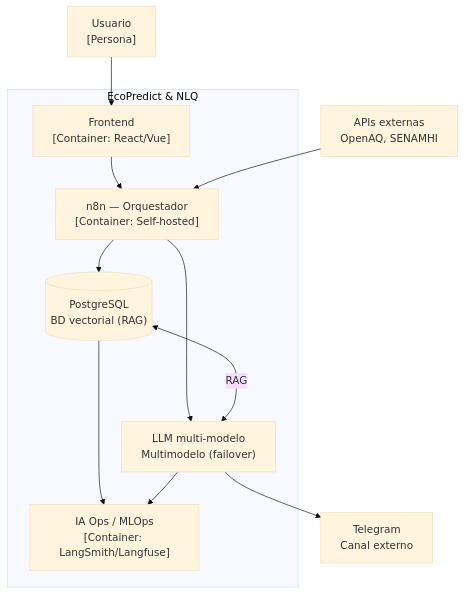
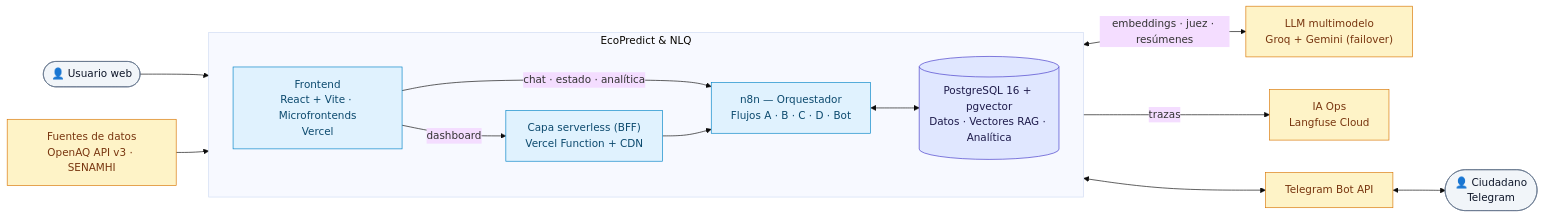
Before and after one commit to CarlosChDev/Grupo1_EcoPredict-NLQ: the first of 6 diagrams in README.md, drawn with Mermaid (base theme). The commit also changed other lines of this file, not shown here.

````diff
--- a/README.md
+++ b/README.md
@@ -19,26 +47,36 @@
 ```mermaid
-flowchart TD
-    U["Usuario<br/>[Persona]"]
+flowchart LR
+    U(["👤 Usuario web"])
+    CIU(["👤 Ciudadano<br/>Telegram"])
 
-    subgraph EcoPredict ["EcoPredict & NLQ"]
-        FE["Frontend<br/>[Container: React/Vue]"]
-        N8N["n8n — Orquestador<br/>[Container: Self-hosted]"]
-        DB[("PostgreSQL<br/>BD vectorial (RAG)")]
-        LLM["LLM multi-modelo<br/>Multimodelo (failover)"]
-        IAOPS["IA Ops / MLOps<br/>[Container: LangSmith/Langfuse]"]
+    subgraph ECO["EcoPredict & NLQ"]
+        direction LR
+        FE["Frontend<br/>React + Vite · Microfrontends<br/>Vercel"]
+        BFF["Capa serverless (BFF)<br/>Vercel Function + CDN"]
+        N8N["n8n — Orquestador<br/>Flujos A · B · C · D · Bot"]
+        DB[("PostgreSQL 16 + pgvector<br/>Datos · Vectores RAG · Analítica")]
     end
 
-    EXT_API["APIs externas<br/>OpenAQ, SENAMHI"]
-    TG["Telegram<br/>Canal externo"]
+    EXT["Fuentes de datos<br/>OpenAQ API v3 · SENAMHI"]
+    LLM["LLM multimodelo<br/>Groq + Gemini (failover)"]
+    OBS["IA Ops<br/>Langfuse Cloud"]
+    TG["Telegram Bot API"]
 
     U --> FE
-    FE --> N8N
-    EXT_API --> N8N
-    N8N --> DB
-    N8N --> LLM
-    DB <--->|RAG| LLM
-    LLM --> TG
-    DB --> IAOPS
-    LLM --> IAOPS
+    FE -->|"chat · estado · analítica"| N8N
+    FE -->|"dashboard"| BFF --> N8N
+    EXT --> N8N
+    N8N <--> DB
+    N8N <-->|"embeddings · juez · resúmenes"| LLM
+    N8N -->|"trazas"| OBS
+    N8N <--> TG <--> CIU
 
+    classDef core fill:#E0F2FE,stroke:#0284C7,color:#0C4A6E
+    classDef data fill:#E0E7FF,stroke:#4338CA,color:#1E1B4B
+    classDef ext fill:#FEF3C7,stroke:#D97706,color:#78350F
+    classDef person fill:#F1F5F9,stroke:#64748B,color:#0F172A
+    class FE,BFF,N8N core
+    class DB data
+    class EXT,LLM,OBS,TG ext
+    class U,CIU person
 ```
````
